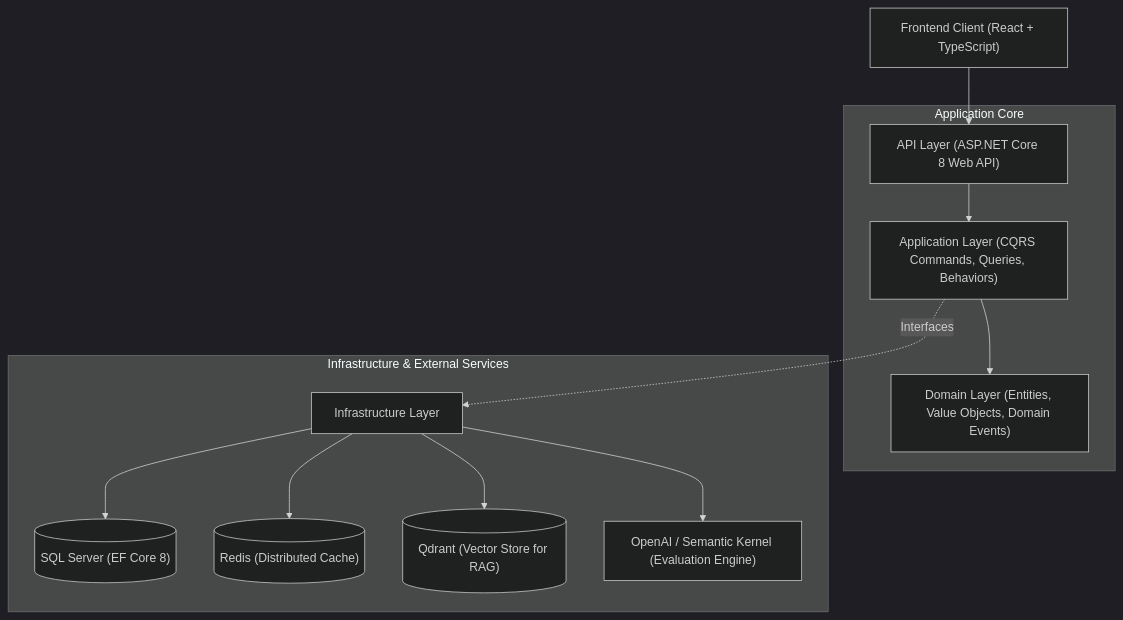
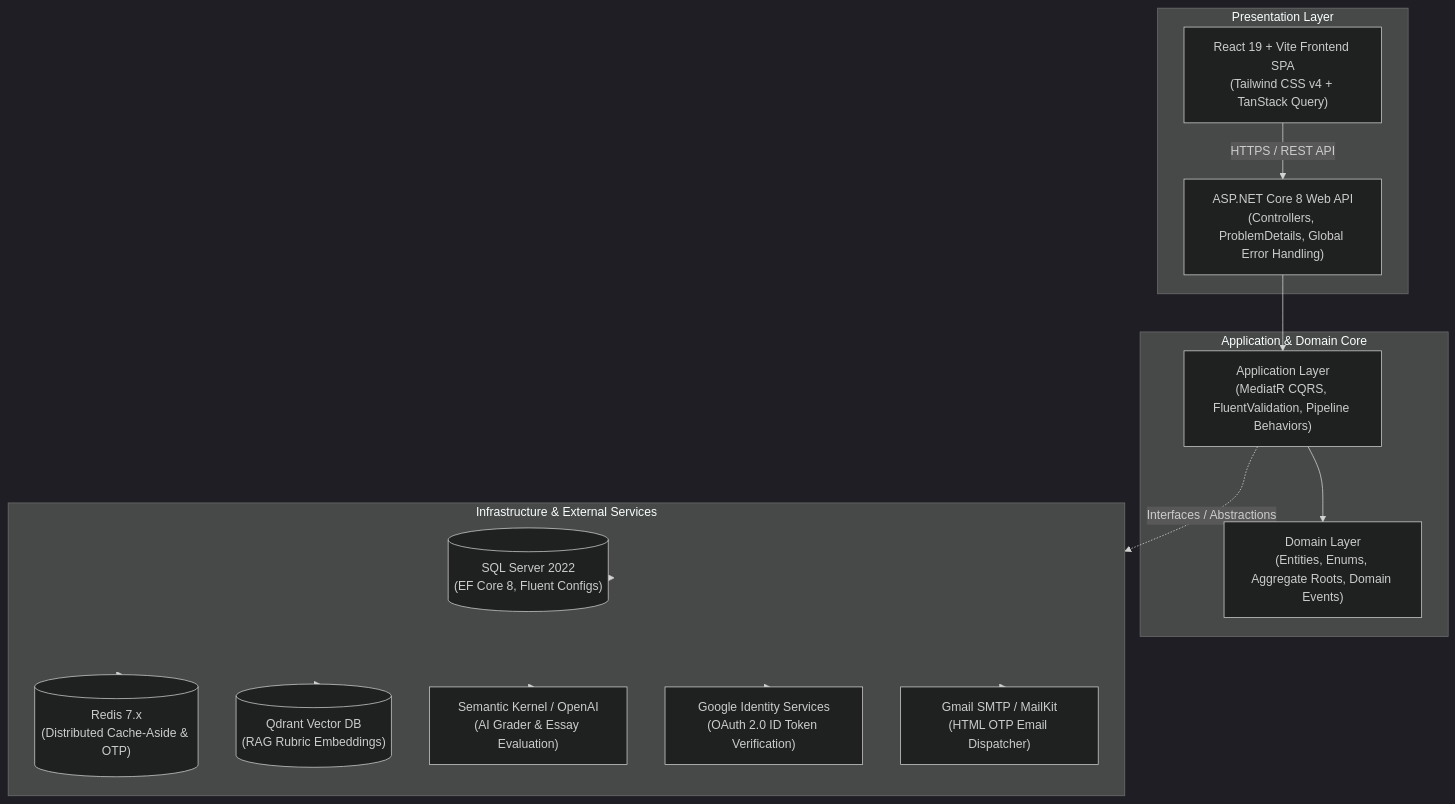
One commit to nvmtamm/EduSphereIELTS changed the diagram in README.md. Above: the diagram before and after it, drawn with Mermaid (dark theme). The commit also changed other lines of this file, not shown here.

First line of the commit message:
docs(readme): rewrite comprehensive enterprise documentation and architecture guide

````diff
--- a/README.md
+++ b/README.md
@@ -19,17 +36,32 @@
 ```mermaid
-graph TD
-    Client["Frontend Client (React + TypeScript)"] --> API["API Layer (ASP.NET Core 8 Web API)"]
-    
-    subgraph Core ["Application Core"]
-        API --> App["Application Layer (CQRS Commands, Queries, Behaviors)"]
-        App --> Domain["Domain Layer (Entities, Value Objects, Domain Events)"]
+graph TB
+    subgraph Presentation ["Presentation Layer"]
+        UI["React 19 + Vite Frontend SPA<br/>(Tailwind CSS v4 + TanStack Query)"]
+        API["ASP.NET Core 8 Web API<br/>(Controllers, ProblemDetails, Global Error Handling)"]
     end
-    
+
+    subgraph Core ["Application & Domain Core"]
+        App["Application Layer<br/>(MediatR CQRS, FluentValidation, Pipeline Behaviors)"]
+        Domain["Domain Layer<br/>(Entities, Enums, Aggregate Roots, Domain Events)"]
+    end
+
     subgraph Infrastructure ["Infrastructure & External Services"]
-        App -. Interfaces .-> Infra["Infrastructure Layer"]
-        Infra --> SQL[("SQL Server (EF Core 8)")]
-        Infra --> Redis[("Redis (Distributed Cache)")]
-        Infra --> Qdrant[("Qdrant (Vector Store for RAG)")]
-        Infra --> LLM["OpenAI / Semantic Kernel (Evaluation Engine)"]
+        SQL[("SQL Server 2022<br/>(EF Core 8, Fluent Configs)")]
+        Redis[("Redis 7.x<br/>(Distributed Cache-Aside & OTP)")]
+        Qdrant[("Qdrant Vector DB<br/>(RAG Rubric Embeddings)")]
+        SemanticKernel["Semantic Kernel / OpenAI<br/>(AI Grader & Essay Evaluation)"]
+        GoogleAuth["Google Identity Services<br/>(OAuth 2.0 ID Token Verification)"]
+        SMTP["Gmail SMTP / MailKit<br/>(HTML OTP Email Dispatcher)"]
     end
+
+    UI -->|"HTTPS / REST API"| API
+    API --> App
+    App --> Domain
+    App -.->|"Interfaces / Abstractions"| Infrastructure
+    Infrastructure --> SQL
+    Infrastructure --> Redis
+    Infrastructure --> Qdrant
+    Infrastructure --> SemanticKernel
+    Infrastructure --> GoogleAuth
+    Infrastructure --> SMTP
 ```
````
